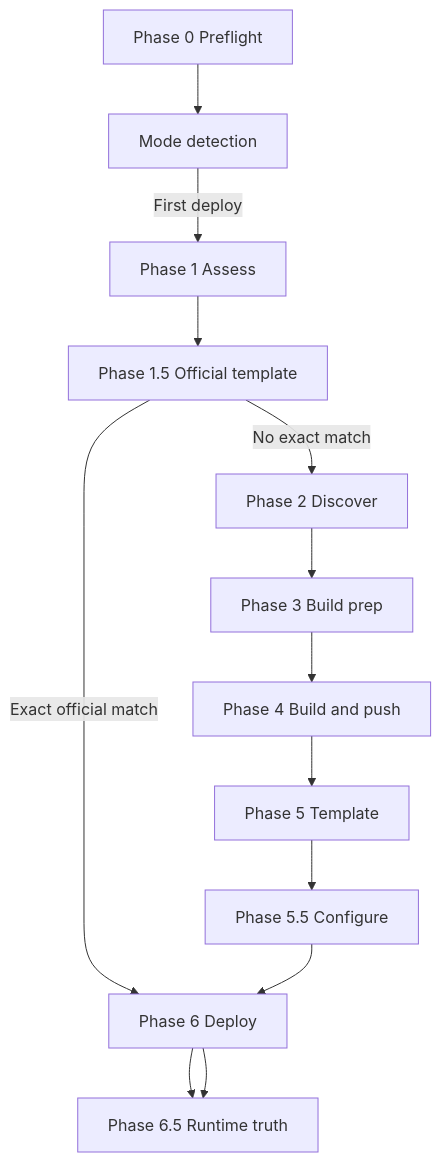
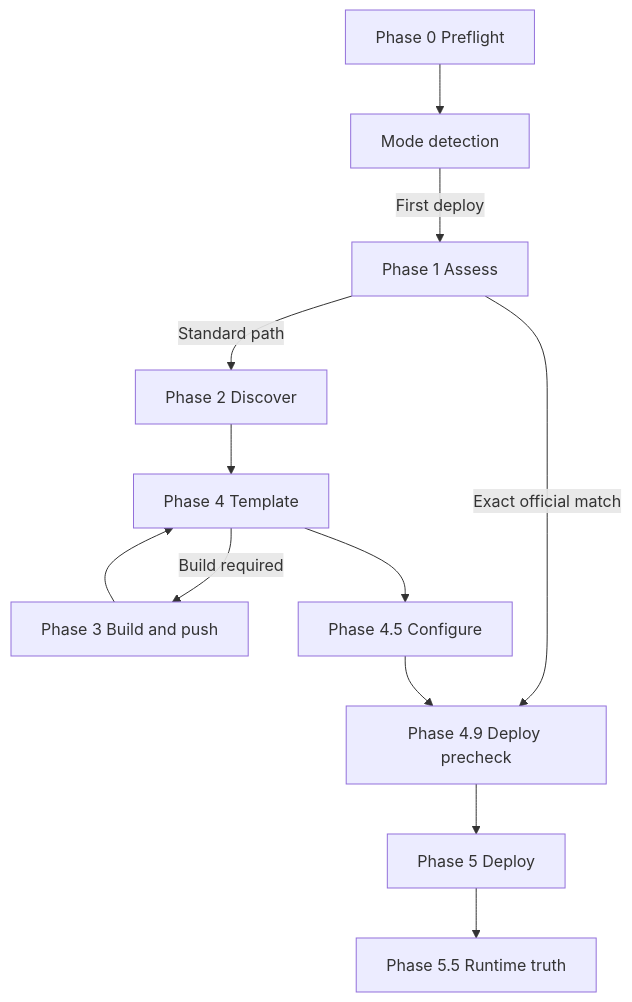
The diagram in en/pipeline/overview.mdx (Che-Zhu/sealos-skills-doc), drawn with Mermaid before and after one commit. The commit also changed other lines of this file and 31 other files, not shown here.

````diff
--- a/en/pipeline/overview.mdx
+++ b/en/pipeline/overview.mdx
@@ -29,22 +29,22 @@
 ```mermaid
 flowchart TD
   P0[Phase 0 Preflight]
   MD[Mode detection]
   P1[Phase 1 Assess]
-  P15[Phase 1.5 Official template]
   P2[Phase 2 Discover]
-  P3[Phase 3 Build prep]
-  P4[Phase 4 Build and push]
-  P5[Phase 5 Template]
-  P55[Phase 5.5 Configure]
-  P6[Phase 6 Deploy]
-  P65[Phase 6.5 Runtime truth]
+  P3[Phase 3 Build and push]
+  P4[Phase 4 Template]
+  P45[Phase 4.5 Configure]
+  P49[Phase 4.9 Deploy precheck]
+  P5[Phase 5 Deploy]
+  P55[Phase 5.5 Runtime truth]
 
   P0 --> MD
   MD -->|First deploy| P1
-  P1 --> P15
-  P15 -->|Exact official match| P6
-  P15 -->|No exact match| P2
-  P2 --> P3 --> P4 --> P5 --> P55 --> P6 --> P65
-  P6 --> P65
+  P1 -->|Exact official match| P49
+  P1 -->|Standard path| P2
+  P2 --> P4
+  P4 -->|Build required| P3
+  P3 --> P4
+  P4 --> P45 --> P49 --> P5 --> P55
 ```
````
